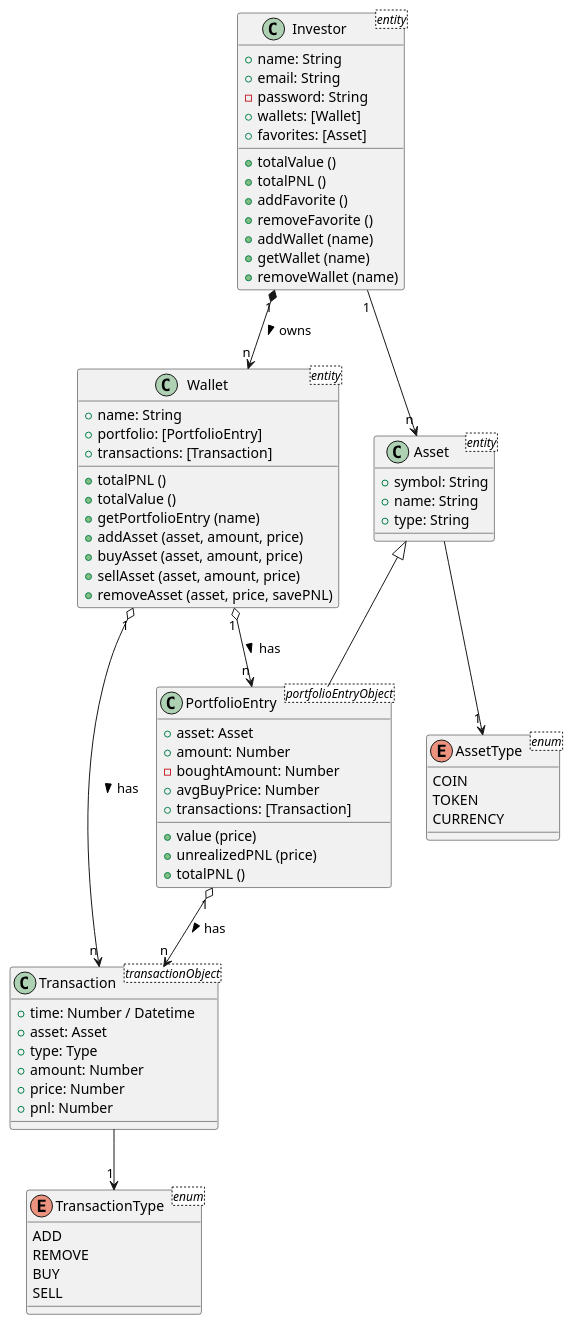
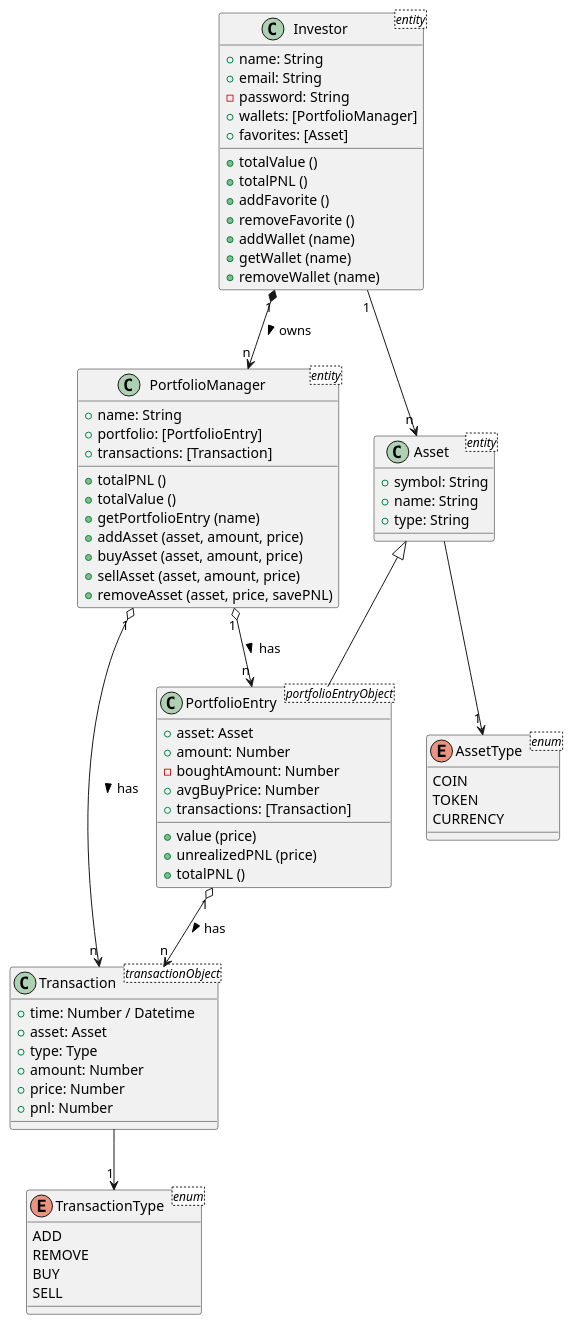
Before and after one commit to urtuba/spot-portfolio-tracker: the diagram in class_diagram/class_diagram.puml, drawn with PlantUML. The commit also changed 1 other file, not shown here.

Commit message:
Update class diagram

```diff
--- a/class_diagram/class_diagram.puml
+++ b/class_diagram/class_diagram.puml
@@ -1,79 +1,79 @@
 @startuml ClassDiagram
 
 class Investor <entity>{
     + name: String
     + email: String
     - password: String
-    + wallets: [Wallet]
+    + wallets: [PortfolioManager]
     + favorites: [Asset]
     + totalValue ()
     + totalPNL ()
     + addFavorite ()
     + removeFavorite ()
     + addWallet (name)
     + getWallet (name)
     + removeWallet (name)
 }
 
-class Wallet <entity> {
+class PortfolioManager <entity> {
     + name: String
     + portfolio: [PortfolioEntry]
     + transactions: [Transaction]
     + totalPNL ()
     + totalValue ()
     + getPortfolioEntry (name)
     + addAsset (asset, amount, price)
     + buyAsset (asset, amount, price)
     + sellAsset (asset, amount, price)
     + removeAsset (asset, price, savePNL)
 }
 
 class Asset <entity> {
     + symbol: String
     + name: String
     + type: String
 }
 
 class PortfolioEntry <portfolioEntryObject> {
     + asset: Asset
     + amount: Number
     - boughtAmount: Number
     + avgBuyPrice: Number
     + transactions: [Transaction]
     + value (price)
     + unrealizedPNL (price)
     + totalPNL ()
 }
 
 class Transaction <transactionObject> {
     + time: Number / Datetime
     + asset: Asset
     + type: Type
     + amount: Number
     + price: Number
     + pnl: Number
 }
 
 enum AssetType <enum> {
     COIN
     TOKEN
     CURRENCY
 }
 
 enum TransactionType <enum> {
     ADD
     REMOVE
     BUY
     SELL
 }
 
-Wallet "n" <-UP-* "1" Investor: owns <
+PortfolioManager "n" <-UP-* "1" Investor: owns <
 Asset <|-- PortfolioEntry
 PortfolioEntry "1" o--> "n" Transaction: has >
-Wallet "1" o--> "n" Transaction: has >
-Wallet "1" o--> "n" PortfolioEntry: has >
+PortfolioManager "1" o--> "n" Transaction: has >
+PortfolioManager "1" o--> "n" PortfolioEntry: has >
 Asset  --> "1" AssetType
 Transaction --> "1" TransactionType
 Investor "1" --> "n" Asset
 
 @enduml
```
